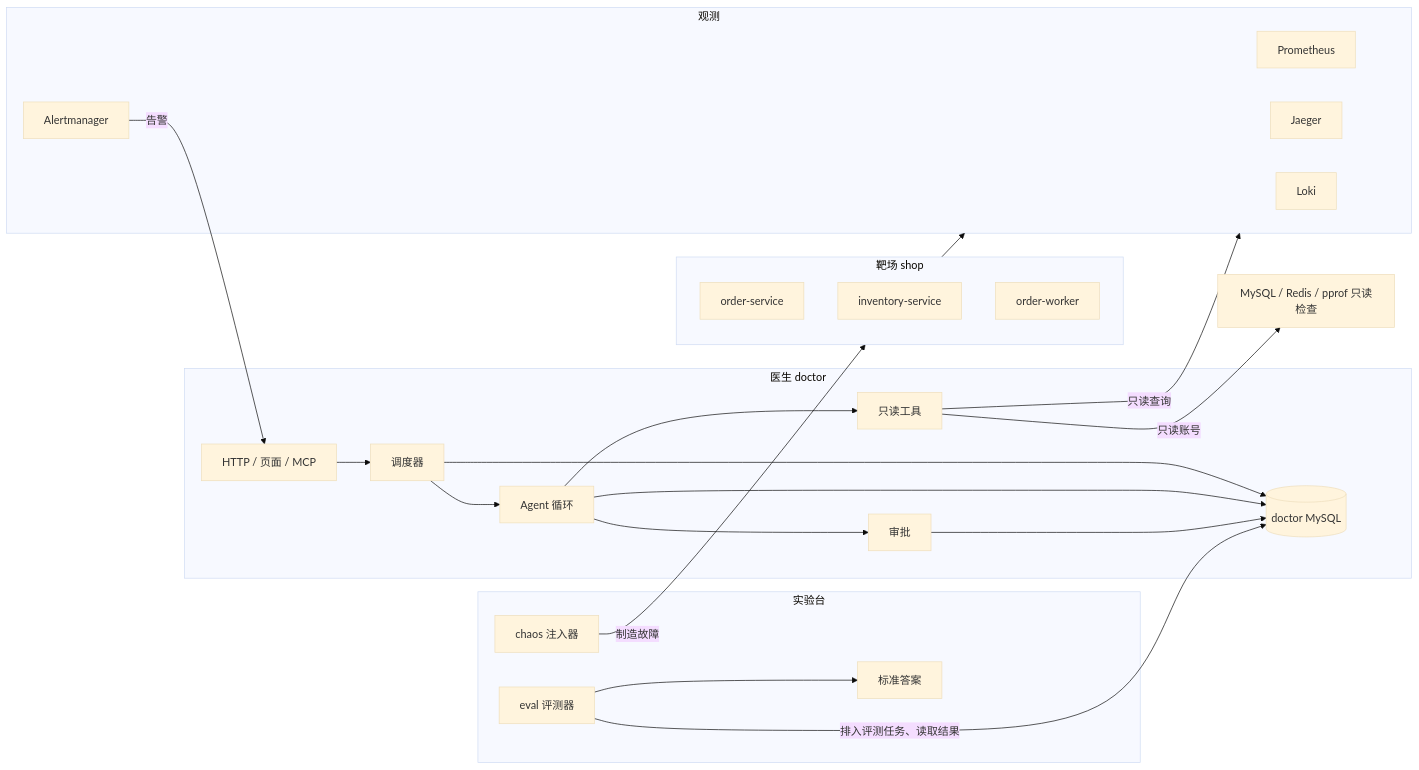
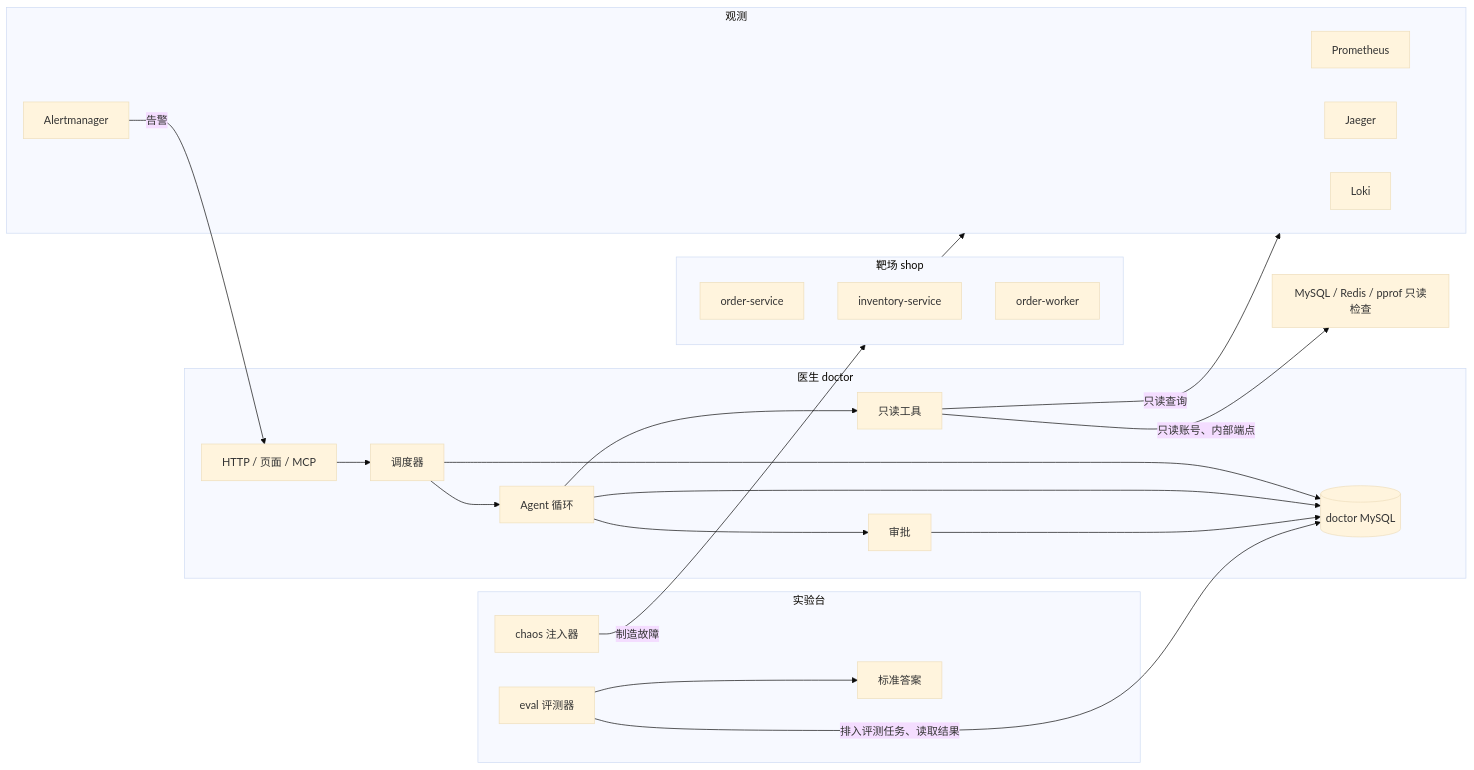
One commit to Li-Nepenthe/opsdoctor changed the diagram in docs/learn/system-overview.md. Above: the diagram before and after it, drawn with Mermaid (base theme). The commit also changed other lines of this file and 3 other files, not shown here.

````diff
--- a/docs/learn/system-overview.md
+++ b/docs/learn/system-overview.md
@@ -21,37 +21,37 @@
 ```mermaid
 flowchart LR
     subgraph shop["靶场 shop"]
         Order[order-service]
         Stock[inventory-service]
         Worker[order-worker]
     end
     subgraph obs["观测"]
         Prom[Prometheus]
         Jaeger[Jaeger]
         Loki[Loki]
         AM[Alertmanager]
     end
     subgraph doctor["医生 doctor"]
         API[HTTP / 页面 / MCP]
         Run[调度器]
         Agent[Agent 循环]
         Tools[只读工具]
         Approval[审批]
         Store[(doctor MySQL)]
     end
     subgraph lab["实验台"]
         Chaos[chaos 注入器]
         Eval[eval 评测器]
         Answers[标准答案]
     end
     shop --> obs
     AM -->|告警| API
     API --> Run --> Agent
     Agent --> Tools -->|只读查询| obs
-    Tools -->|只读账号| Check[MySQL / Redis / pprof 只读检查]
+    Tools -->|只读账号、内部端点| Check[MySQL / Redis / pprof 只读检查]
     Agent --> Approval
     Run & Agent & Approval --> Store
     Chaos -->|制造故障| shop
     Eval -->|排入评测任务、读取结果| Store
     Eval --> Answers
 ```
````
